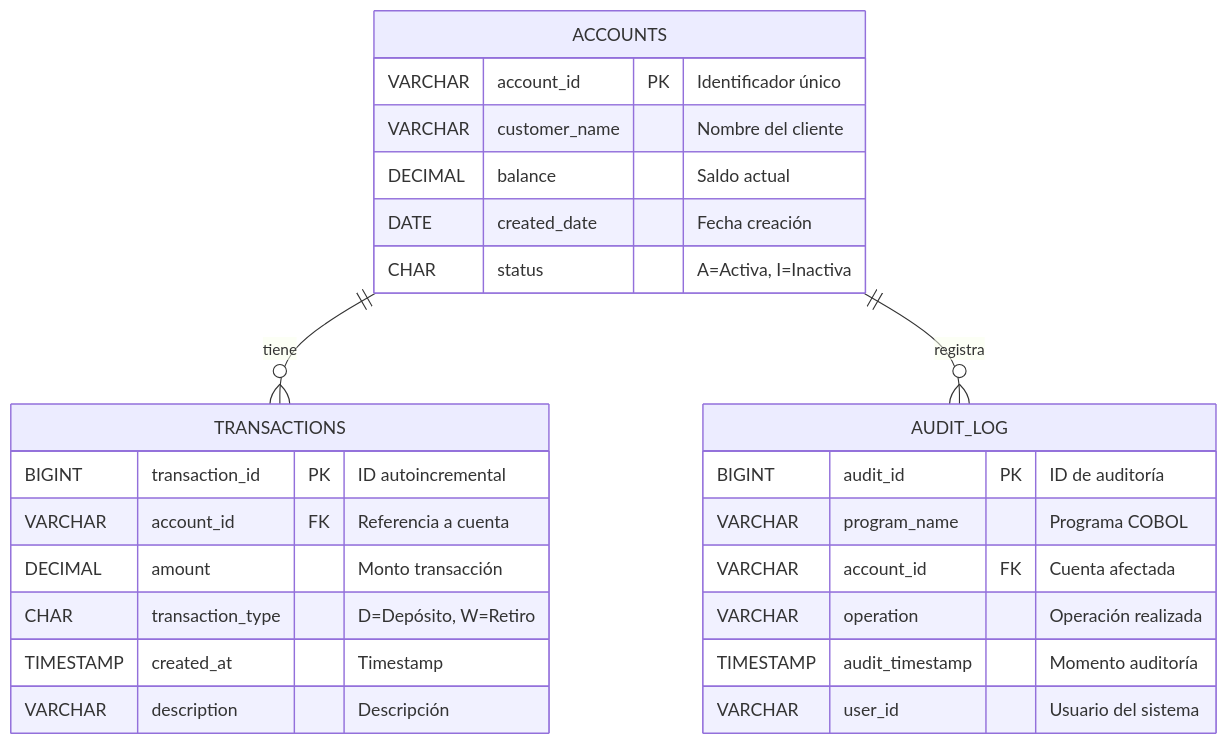
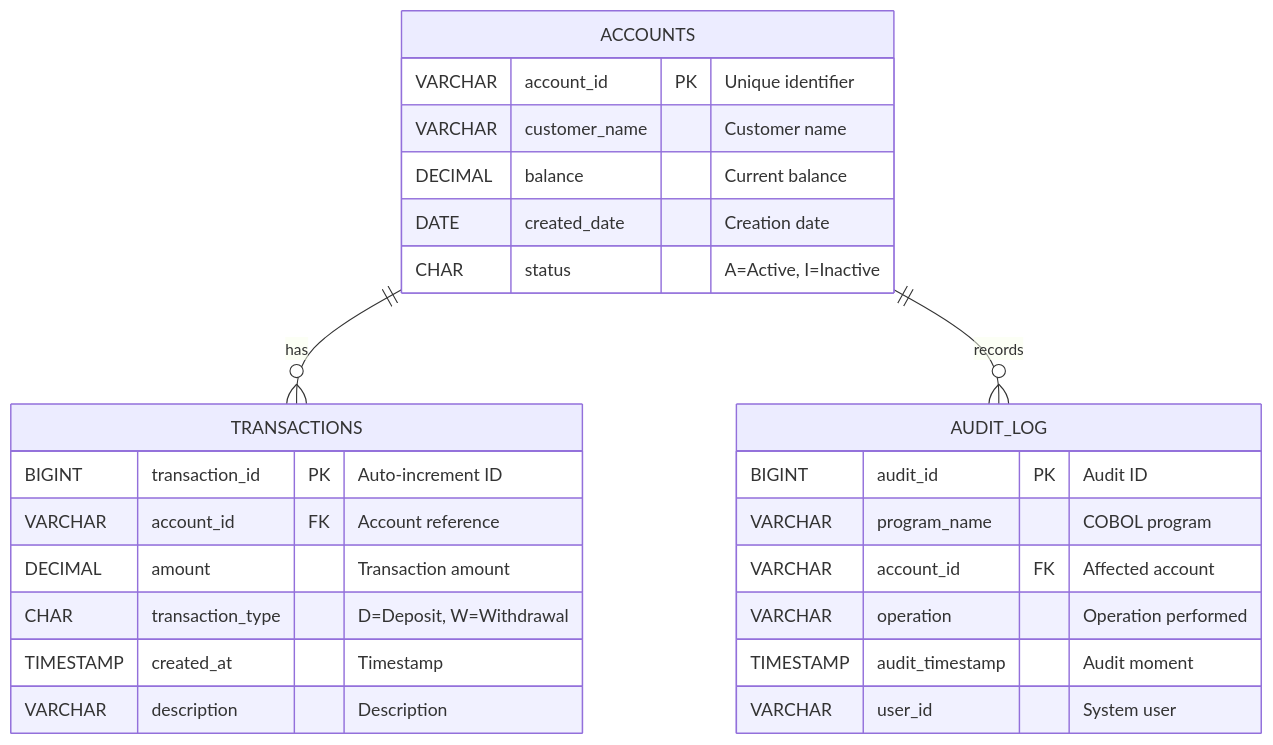
One commit to 0GiS0/cobol-minibank changed the fourth of 5 diagrams in .github/agents/mermaid-diagram-creator.md. Above: the diagram before and after it, drawn with Mermaid. The commit also changed other lines of this file, not shown here.

Commit message:
fix: Update Mermaid Diagram Creator documentation for clarity and consistency in English

````diff
--- a/.github/agents/mermaid-diagram-creator.md
+++ b/.github/agents/mermaid-diagram-creator.md
@@ -100,31 +100,31 @@
 ```mermaid
 erDiagram
     ACCOUNTS {
-        VARCHAR account_id PK "Identificador único"
-        VARCHAR customer_name "Nombre del cliente"
-        DECIMAL balance "Saldo actual"
-        DATE created_date "Fecha creación"
-        CHAR status "A=Activa, I=Inactiva"
+        VARCHAR account_id PK "Unique identifier"
+        VARCHAR customer_name "Customer name"
+        DECIMAL balance "Current balance"
+        DATE created_date "Creation date"
+        CHAR status "A=Active, I=Inactive"
     }
 
     TRANSACTIONS {
-        BIGINT transaction_id PK "ID autoincremental"
-        VARCHAR account_id FK "Referencia a cuenta"
-        DECIMAL amount "Monto transacción"
-        CHAR transaction_type "D=Depósito, W=Retiro"
+        BIGINT transaction_id PK "Auto-increment ID"
+        VARCHAR account_id FK "Account reference"
+        DECIMAL amount "Transaction amount"
+        CHAR transaction_type "D=Deposit, W=Withdrawal"
         TIMESTAMP created_at "Timestamp"
-        VARCHAR description "Descripción"
+        VARCHAR description "Description"
     }
 
     AUDIT_LOG {
-        BIGINT audit_id PK "ID de auditoría"
-        VARCHAR program_name "Programa COBOL"
-        VARCHAR account_id FK "Cuenta afectada"
-        VARCHAR operation "Operación realizada"
-        TIMESTAMP audit_timestamp "Momento auditoría"
-        VARCHAR user_id "Usuario del sistema"
+        BIGINT audit_id PK "Audit ID"
+        VARCHAR program_name "COBOL program"
+        VARCHAR account_id FK "Affected account"
+        VARCHAR operation "Operation performed"
+        TIMESTAMP audit_timestamp "Audit moment"
+        VARCHAR user_id "System user"
     }
 
-    ACCOUNTS ||--o{ TRANSACTIONS : "tiene"
-    ACCOUNTS ||--o{ AUDIT_LOG : "registra"
+    ACCOUNTS ||--o{ TRANSACTIONS : "has"
+    ACCOUNTS ||--o{ AUDIT_LOG : "records"
 ```
````
